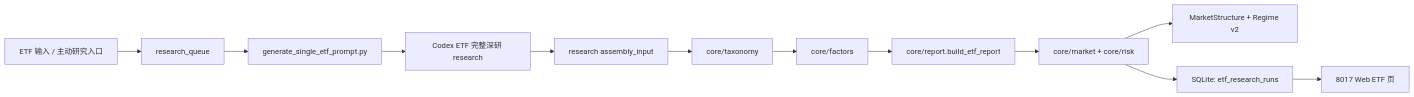
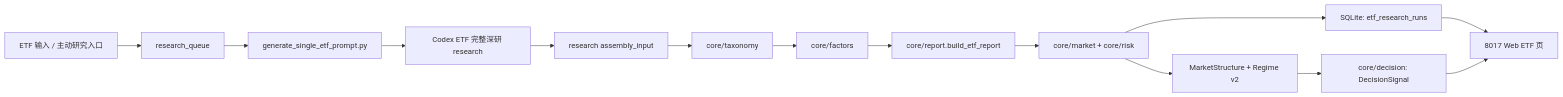
Before and after one commit to imherro/MyInvestETF: the diagram in docs/ARCHITECTURE.md, drawn with Mermaid. The commit also changed other lines of this file and 10 other files, not shown here.

````diff
--- a/docs/ARCHITECTURE.md
+++ b/docs/ARCHITECTURE.md
@@ -22,14 +23,16 @@
 ```mermaid
 flowchart LR
   A["ETF 输入 / 主动研究入口"] --> B["research_queue"]
   B --> C["generate_single_etf_prompt.py"]
   C --> D["Codex ETF 完整深研 research"]
   D --> E["research assembly_input"]
   E --> T["core/taxonomy"]
   T --> X["core/factors"]
   X --> F["core/report.build_etf_report"]
   F --> M["core/market + core/risk"]
   M --> S["MarketStructure + Regime v2"]
+  S --> W["core/decision: DecisionSignal"]
   M --> G["SQLite: etf_research_runs"]
   G --> H["8017 Web ETF 页"]
+  W --> H
 ```
````
